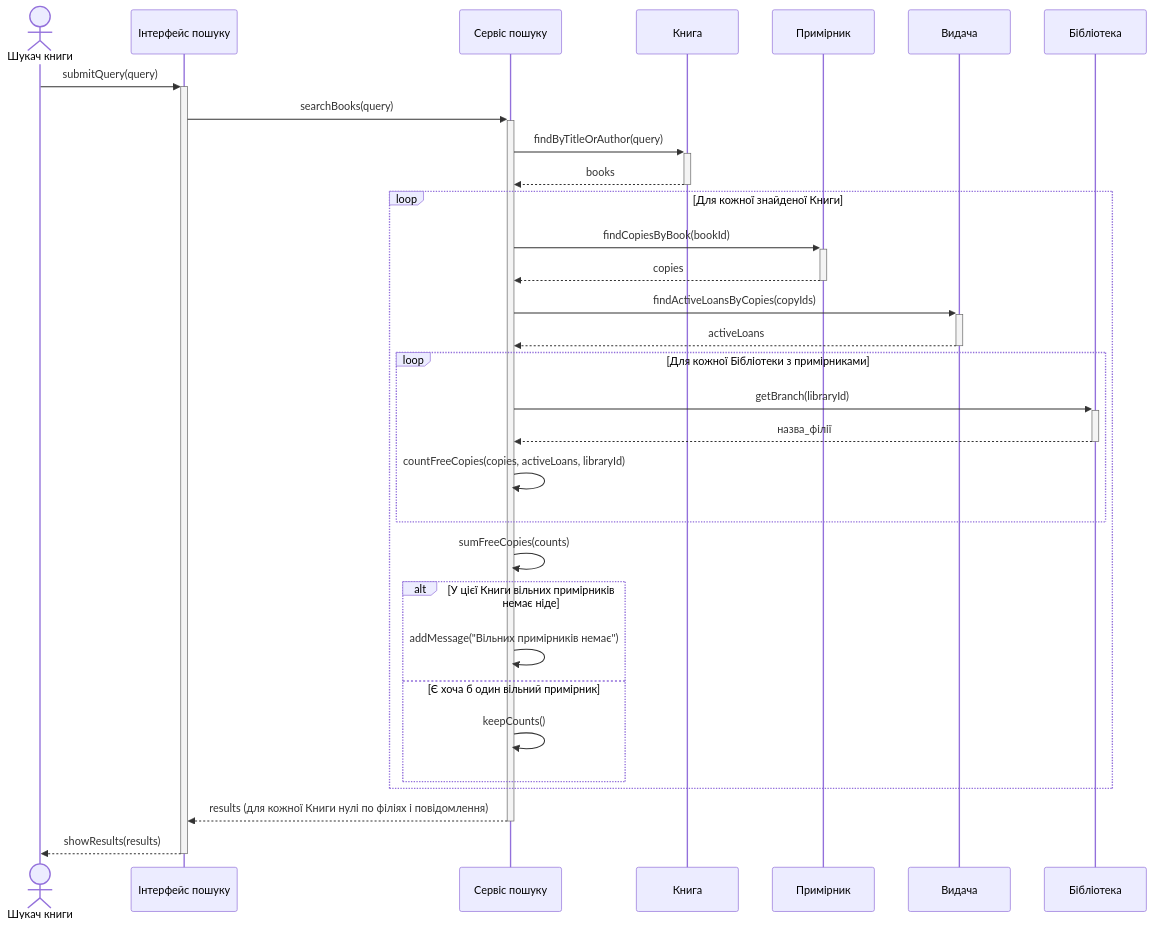
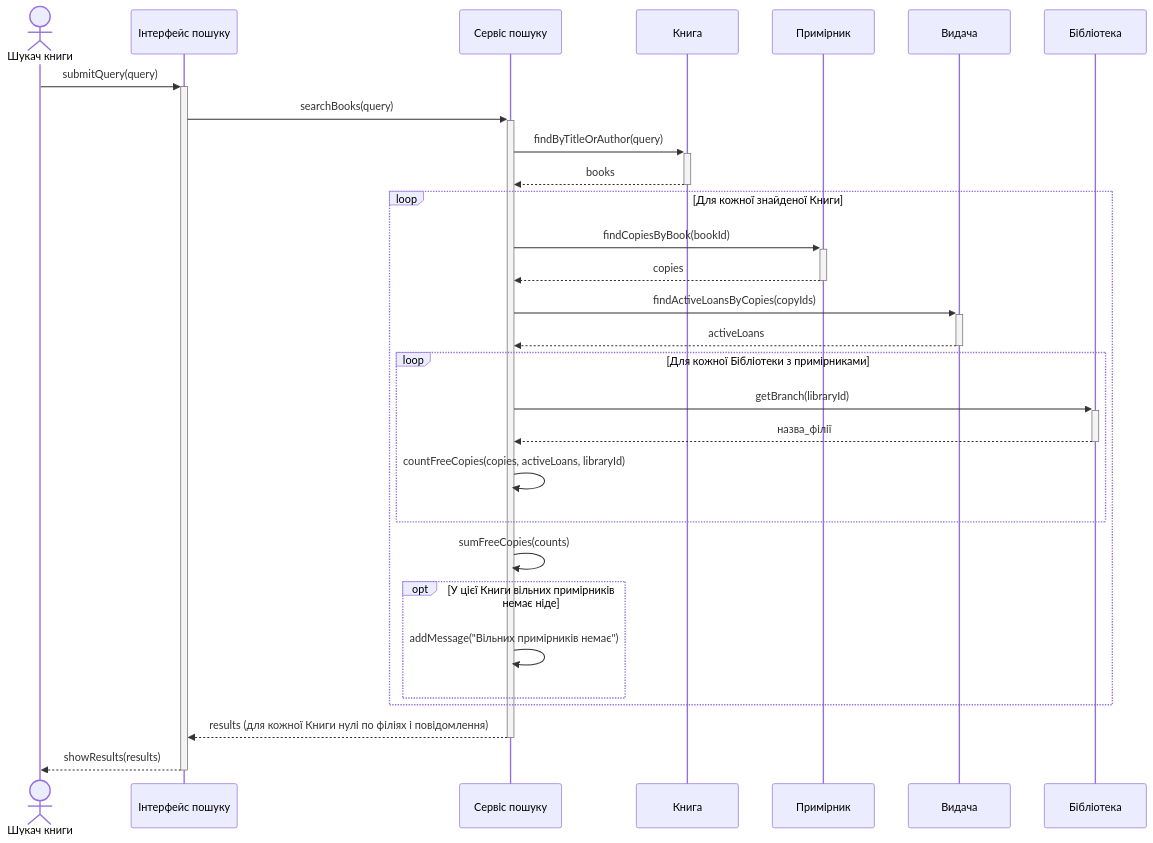
Before and after one commit to QkiS-00/se-requirements: the diagram in lab3/docs/seq-s2.md, drawn with Mermaid. The commit also changed 1 other file, not shown here.

Commit message:
Прибрав порожню гілку else у S2: перевірку «вільних немає» показано фрагментом opt

````diff
--- a/lab3/docs/seq-s2.md
+++ b/lab3/docs/seq-s2.md
@@ -3,34 +3,32 @@
 ```mermaid
 sequenceDiagram
     actor U as Шукач книги
     participant UI as Інтерфейс пошуку
     participant SS as Сервіс пошуку
     participant K as Книга
     participant P as Примірник
     participant V as Видача
     participant B as Бібліотека
 
     U->>+UI: submitQuery(query)
     UI->>+SS: searchBooks(query)
     SS->>+K: findByTitleOrAuthor(query)
     K-->>-SS: books
     loop Для кожної знайденої Книги
         SS->>+P: findCopiesByBook(bookId)
         P-->>-SS: copies
         SS->>+V: findActiveLoansByCopies(copyIds)
         V-->>-SS: activeLoans
         loop Для кожної Бібліотеки з примірниками
             SS->>+B: getBranch(libraryId)
             B-->>-SS: назва_філії
             SS->>SS: countFreeCopies(copies, activeLoans, libraryId)
         end
         SS->>SS: sumFreeCopies(counts)
-        alt У цієї Книги вільних примірників немає ніде
+        opt У цієї Книги вільних примірників немає ніде
             SS->>SS: addMessage("Вільних примірників немає")
-        else Є хоча б один вільний примірник
-            SS->>SS: keepCounts()
         end
     end
     SS-->>-UI: results (для кожної Книги нулі по філіях і повідомлення)
     UI-->>-U: showResults(results)
 ```
````
